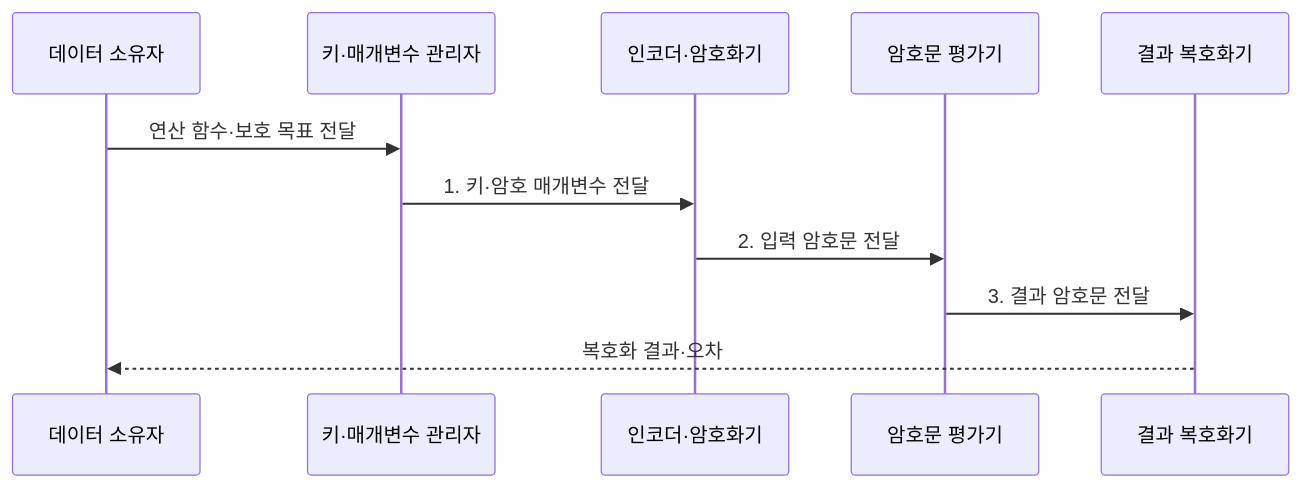
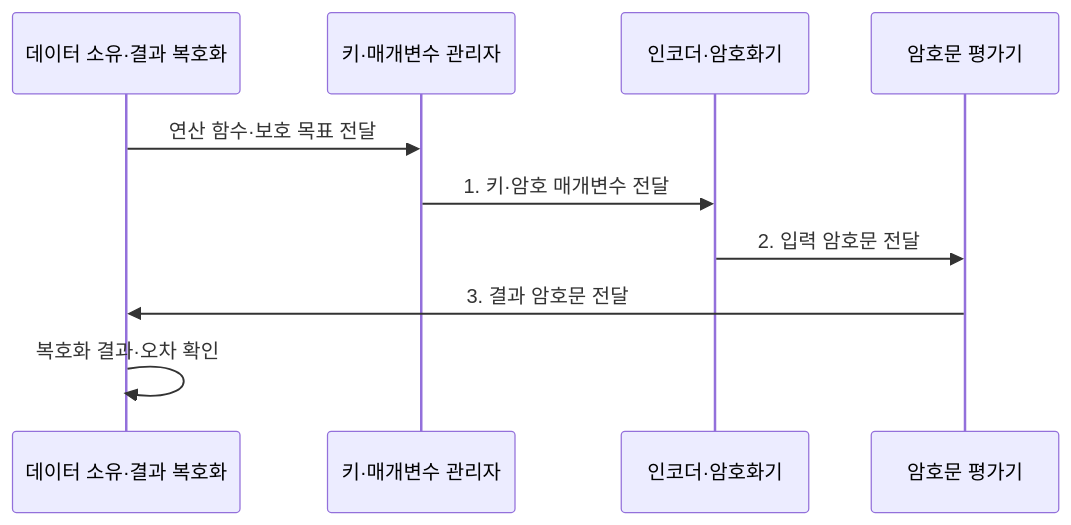
Before and after one commit to agnusdei1207/knowledge-base: the second of 2 diagrams in src/content/docs/notes/08-latest-tech/114_homomorphic_encryption.md, drawn with Mermaid. The commit also changed 6 other files, not shown here.

Commit message:
Reduce AI security flow participants

````diff
--- a/src/content/docs/notes/08-latest-tech/114_homomorphic_encryption.md
+++ b/src/content/docs/notes/08-latest-tech/114_homomorphic_encryption.md
@@ -101,13 +101,12 @@
 ```mermaid
 sequenceDiagram
-    participant O as 데이터 소유자
+    participant O as 데이터 소유·결과 복호화
     participant K as 키·매개변수 관리자
     participant E as 인코더·암호화기
     participant C as 암호문 평가기
-    participant D as 결과 복호화기
     O->>K: 연산 함수·보호 목표 전달
     K->>E: 1. 키·암호 매개변수 전달
     E->>C: 2. 입력 암호문 전달
-    C->>D: 3. 결과 암호문 전달
-    D-->>O: 복호화 결과·오차
+    C->>O: 3. 결과 암호문 전달
+    O->>O: 복호화 결과·오차 확인
 ```
````
